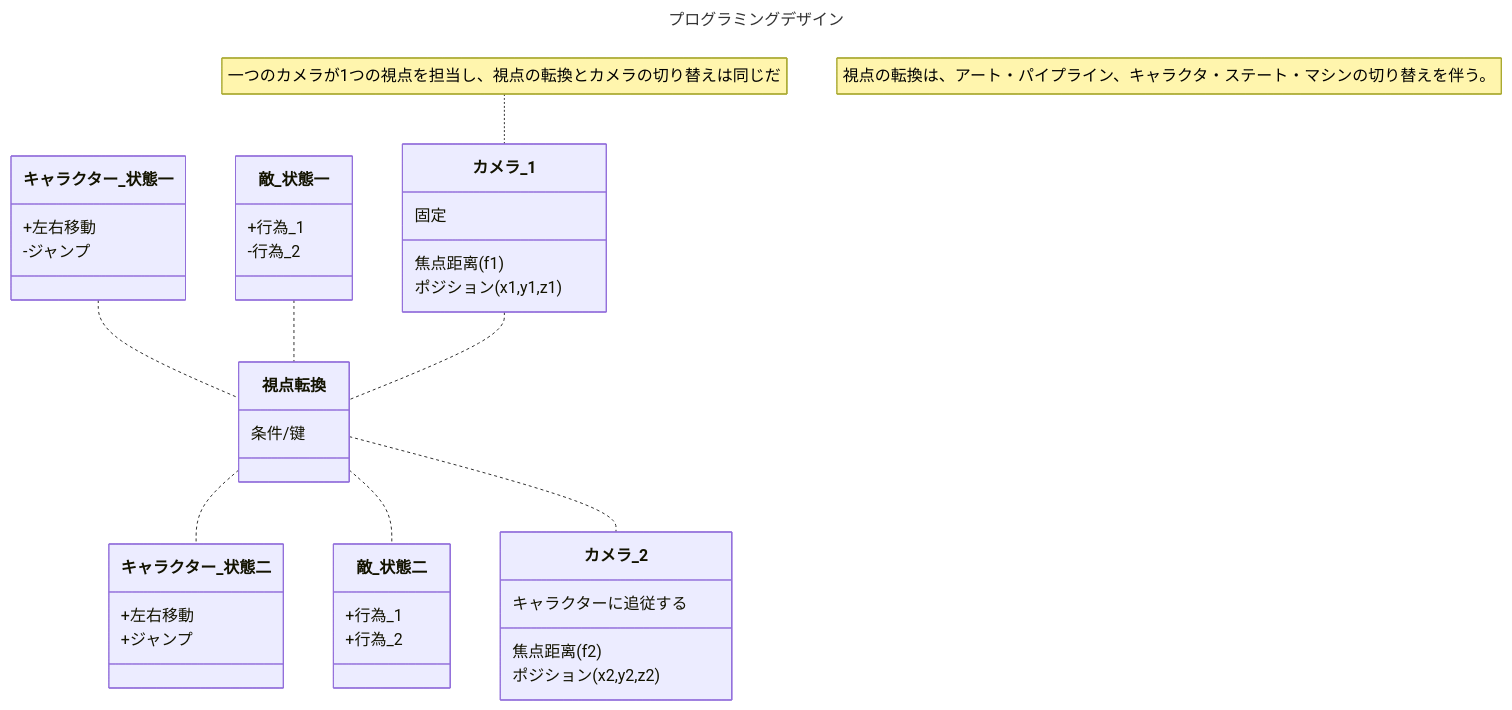
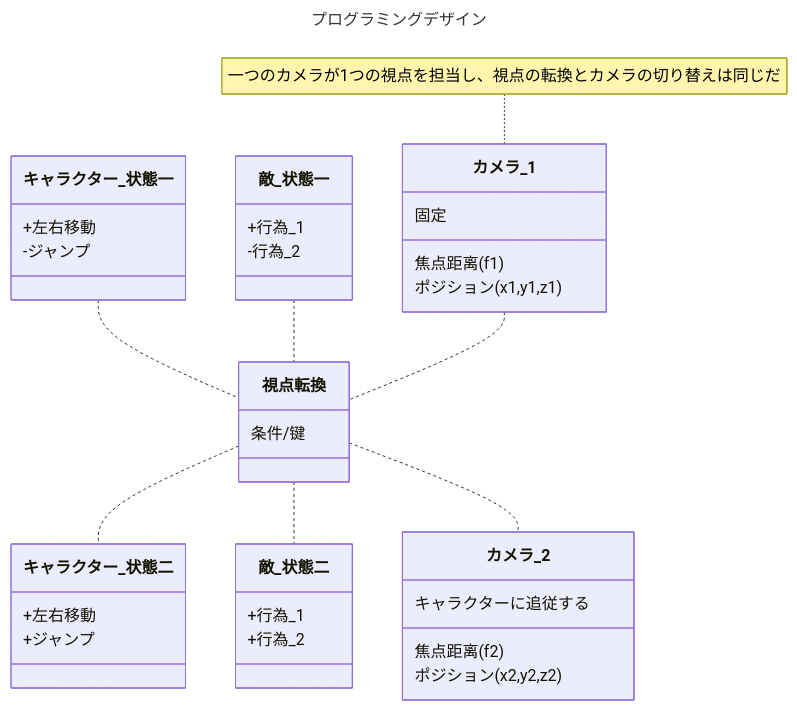
Before and after one commit to Kairitsuhou/digitalgarden: the first of 3 diagrams in src/site/notes/900.Publish/デジタルゲームにおける「視覚空間」デザイン研究：＜多視点＞の表現技法を中心に.md, drawn with Mermaid. The commit also changed other lines of this file and 22 other files, not shown here.

````diff
--- a/src/site/notes/900.Publish/デジタルゲームにおける「視覚空間」デザイン研究：＜多視点＞の表現技法を中心に.md
+++ b/src/site/notes/900.Publish/デジタルゲームにおける「視覚空間」デザイン研究：＜多視点＞の表現技法を中心に.md
@@ -46,50 +47,49 @@
 ```mermaid
 ---
 title: プログラミングデザイン
 ---
 classDiagram
 	キャラクター_状態一 .. 視点転換
 	視点転換 .. キャラクター_状態二
 
 	敵_状態一 .. 視点転換
 	視点転換 .. 敵_状態二
 
 	カメラ_1 .. 視点転換
 	視点転換 .. カメラ_2
 
 	class 視点転換{
 		条件/键
     }
 
     class キャラクター_状態一{
 		+左右移動
 		-ジャンプ
     }
     class キャラクター_状態二{
 		+左右移動
 		+ジャンプ
     }
 
     class 敵_状態一{
 		+行為_1
 		-行為_2
     }
     class 敵_状態二{
 		+行為_1
 		+行為_2
     }
 
     class カメラ_1{
 	    固定
 	    焦点距离(f1)
 	    ポジション(x1,y1,z1)
     }
     class カメラ_2{
 	    キャラクターに追従する
 	    焦点距离(f2)
 	    ポジション(x2,y2,z2)
     }
 
 	note for カメラ_1 "一つのカメラが1つの視点を担当し、視点の転換とカメラの切り替えは同じだ"
-	note "視点の転換は、アート・パイプライン、キャラクタ・ステート・マシンの切り替えを伴う。"
 ```
````
